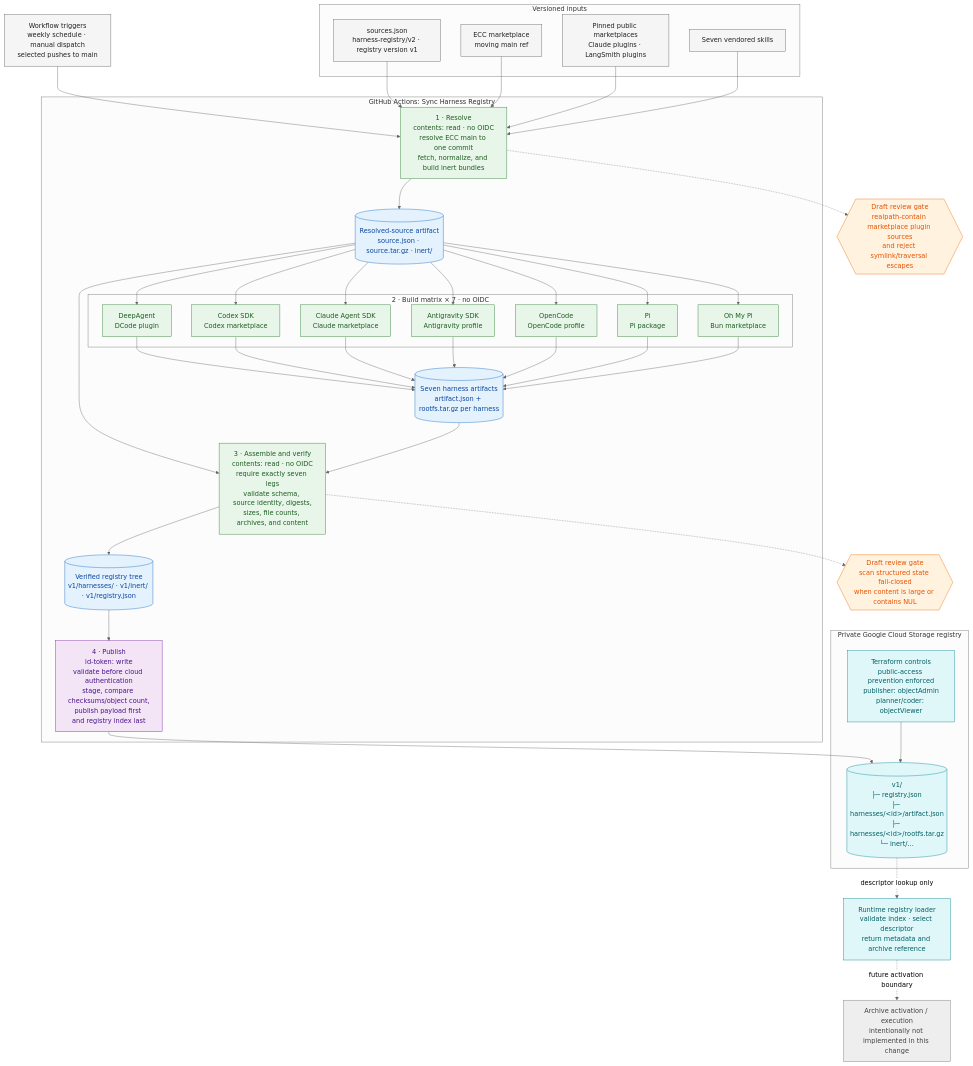
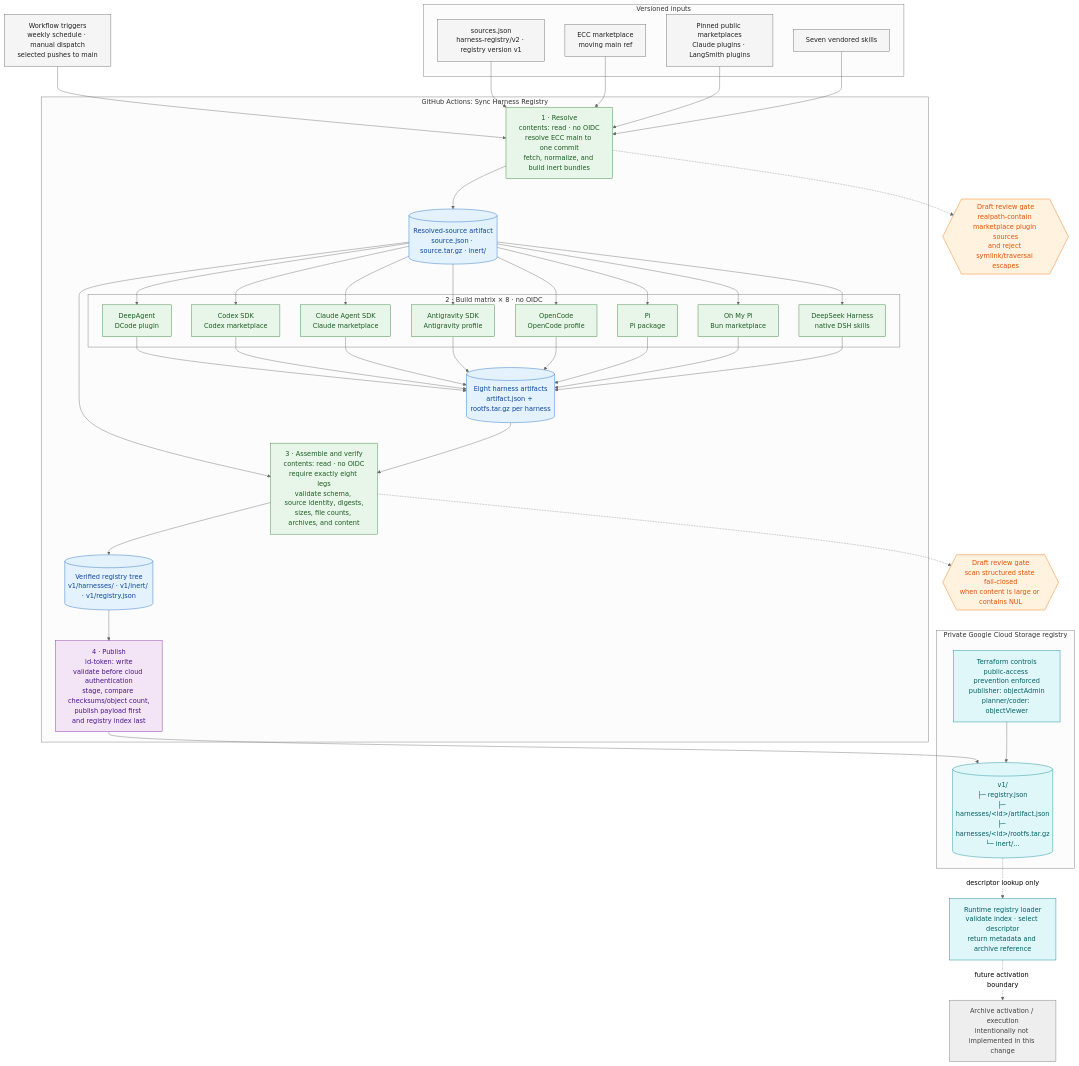
One commit to niravshah2705/symphony changed the diagram in docs/HARNESS_REGISTRY_DIAGRAM.md. Above: the diagram before and after it, drawn with Mermaid (neutral theme). The commit also changed other lines of this file and 20 other files, not shown here.

Commit message:
feat: add DeepSeek registry artifact

```diff
--- a/docs/HARNESS_REGISTRY_DIAGRAM.md
+++ b/docs/HARNESS_REGISTRY_DIAGRAM.md
@@ -19,7 +19,7 @@
     Resolve["1 · Resolve<br/>contents: read · no OIDC<br/>resolve ECC main to one commit<br/>fetch, normalize, and build inert bundles"]
     Resolved[("Resolved-source artifact<br/>source.json · source.tar.gz · inert/")]
 
-    subgraph Matrix["2 · Build matrix × 7 · no OIDC"]
+    subgraph Matrix["2 · Build matrix × 8 · no OIDC"]
       DeepAgent["DeepAgent<br/>DCode plugin"]
       Codex["Codex SDK<br/>Codex marketplace"]
       Claude["Claude Agent SDK<br/>Claude marketplace"]
@@ -27,10 +27,11 @@
       OpenCode["OpenCode<br/>OpenCode profile"]
       Pi["Pi<br/>Pi package"]
       OhMyPi["Oh My Pi<br/>Bun marketplace"]
+      DeepSeek["DeepSeek Harness<br/>native DSH skills"]
     end
 
-    Built[("Seven harness artifacts<br/>artifact.json + rootfs.tar.gz per harness")]
-    Assemble["3 · Assemble and verify<br/>contents: read · no OIDC<br/>require exactly seven legs<br/>validate schema, source identity, digests,<br/>sizes, file counts, archives, and content"]
+    Built[("Eight harness artifacts<br/>artifact.json + rootfs.tar.gz per harness")]
+    Assemble["3 · Assemble and verify<br/>contents: read · no OIDC<br/>require exactly eight legs<br/>validate schema, source identity, digests,<br/>sizes, file counts, archives, and content"]
     Verified[("Verified registry tree<br/>v1/harnesses/ · v1/inert/ · v1/registry.json")]
     Publish["4 · Publish<br/>id-token: write<br/>validate before cloud authentication<br/>stage, compare checksums/object count,<br/>publish payload first and registry index last"]
   end
@@ -60,6 +61,7 @@
   Resolved --> OpenCode
   Resolved --> Pi
   Resolved --> OhMyPi
+  Resolved --> DeepSeek
 
   DeepAgent --> Built
   Codex --> Built
@@ -68,6 +70,7 @@
   OpenCode --> Built
   Pi --> Built
   OhMyPi --> Built
+  DeepSeek --> Built
 
   Resolved --> Assemble
   Built --> Assemble
@@ -90,7 +93,7 @@
   classDef warning fill:#fff3e0,stroke:#ef6c00,color:#e65100
 
   class Trigger,Sources,ECC,Pinned,Vendored external
-  class Resolve,DeepAgent,Codex,Claude,Antigravity,OpenCode,Pi,OhMyPi,Assemble noOidc
+  class Resolve,DeepAgent,Codex,Claude,Antigravity,OpenCode,Pi,OhMyPi,DeepSeek,Assemble noOidc
   class Resolved,Built,Verified artifact
   class Publish privileged
   class Bucket,IAM,Loader cloud
```
